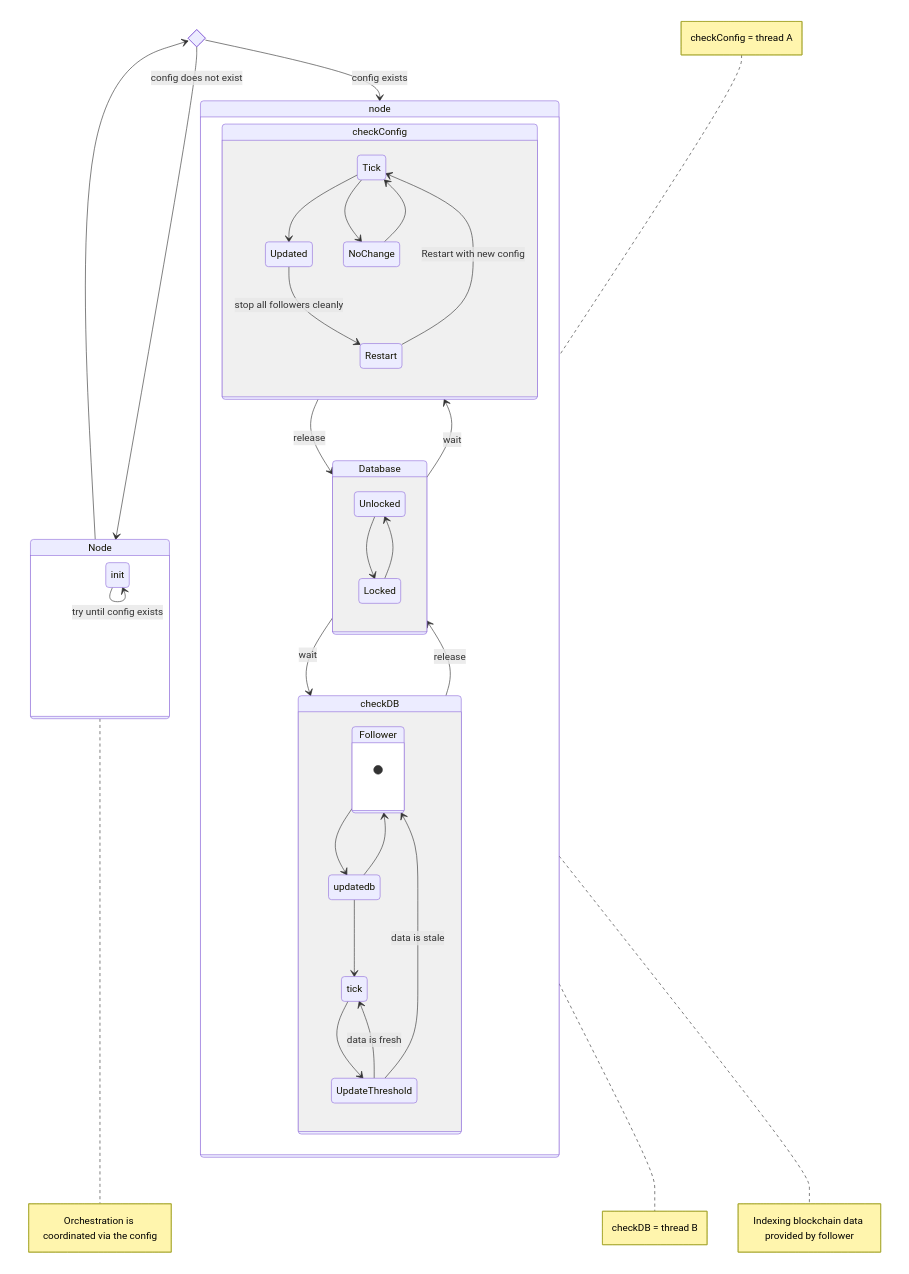
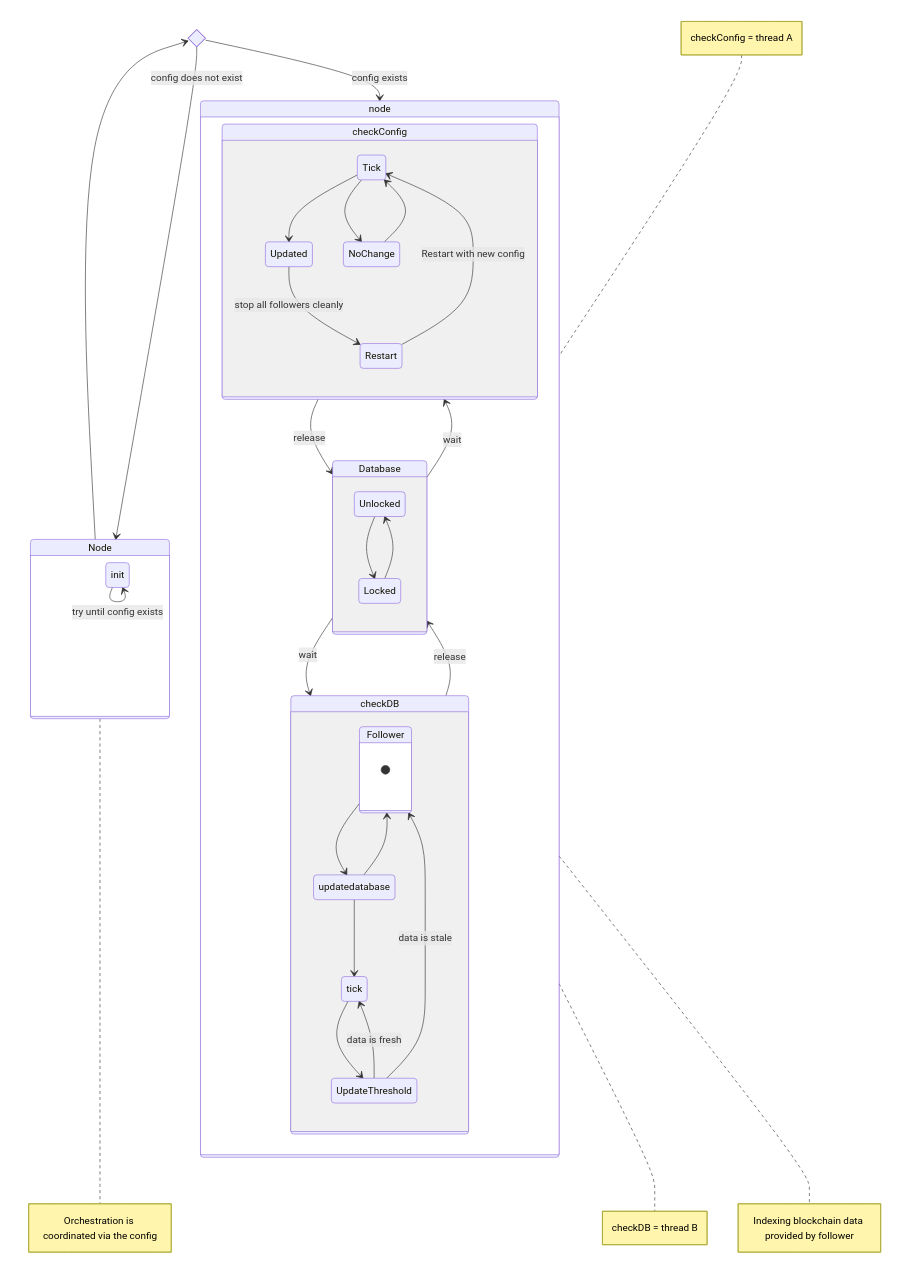
One commit to input-output-hk/catalyst-voices changed the diagram in docs/src/architecture/08_concepts/gateway/mechanics.md. Above: the diagram before and after it, drawn with Mermaid.

Commit message:
ci lints

````diff
--- a/docs/src/architecture/08_concepts/gateway/mechanics.md
+++ b/docs/src/architecture/08_concepts/gateway/mechanics.md
@@ -7,63 +7,63 @@
 ```mermaid
   stateDiagram-v2
     state if_state <<choice>>
     Node -->if_state
     if_state --> node : config exists
     if_state --> Node: config does not exist
 
 
     note right of node
             Indexing blockchain data provided by follower
         end note
 
     
     note left of node
             checkConfig = thread A
         end note
 
     
     note right of node
             checkDB = thread B
         end note
 
     
     note right of Node
             Orchestration is coordinated via the config
         end note
 
     state Node {
         init --> init: try until config exists
     }
 
     state Follower {
         [*]
     }
 
     state node {
         checkConfig-->Database: release
         Database-->checkConfig: wait
 
         checkDB-->Database: release
         Database-->checkDB: wait
 
         State checkConfig{
             Tick --> Updated
             Tick --> NoChange: 
             Updated --> Restart: stop all followers cleanly
             Restart --> Tick: Restart with new config
             NoChange--> Tick
         }
         State checkDB{
             tick --> UpdateThreshold
             UpdateThreshold --> tick: data is fresh
             UpdateThreshold--> Follower: data is stale
-            updatedb --> tick
-            updatedb-->Follower
-            Follower -->updatedb
+            updatedatabase --> tick
+            updatedatabase-->Follower
+            Follower -->updatedatabase
         }
         state Database{
             Unlocked --> Locked
             Locked--> Unlocked
         }
     }
 ```
````
